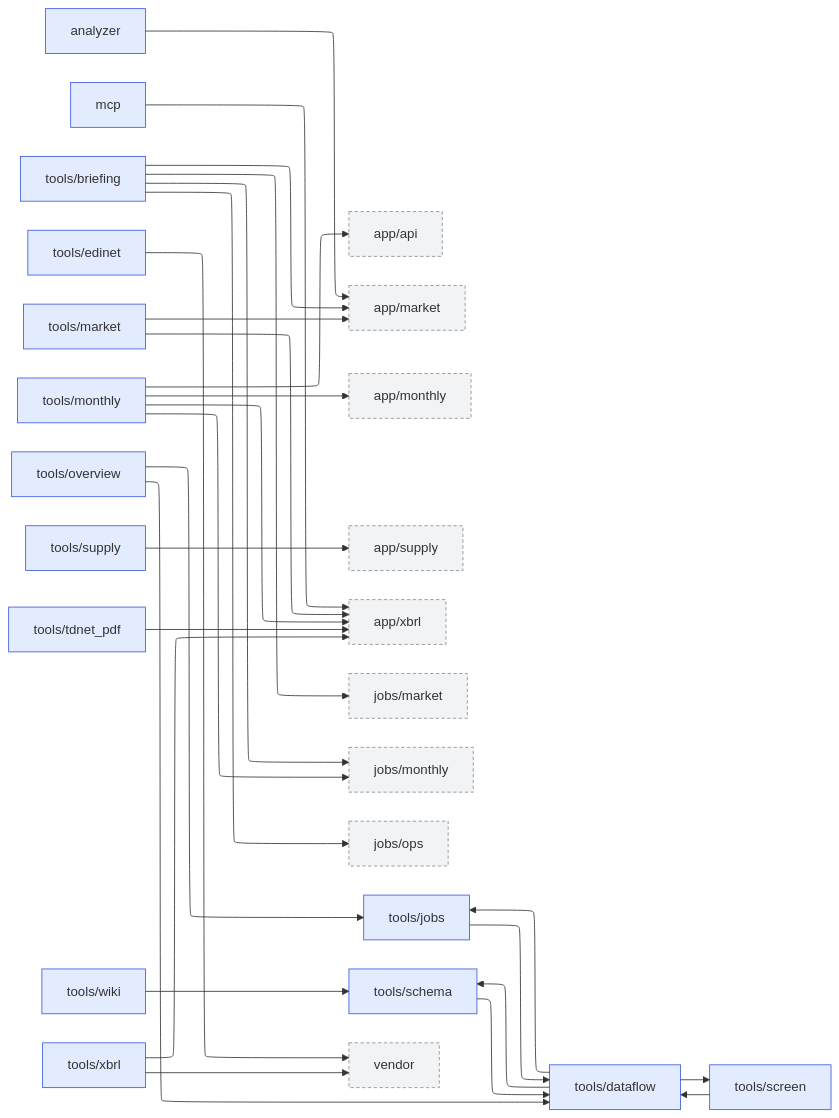
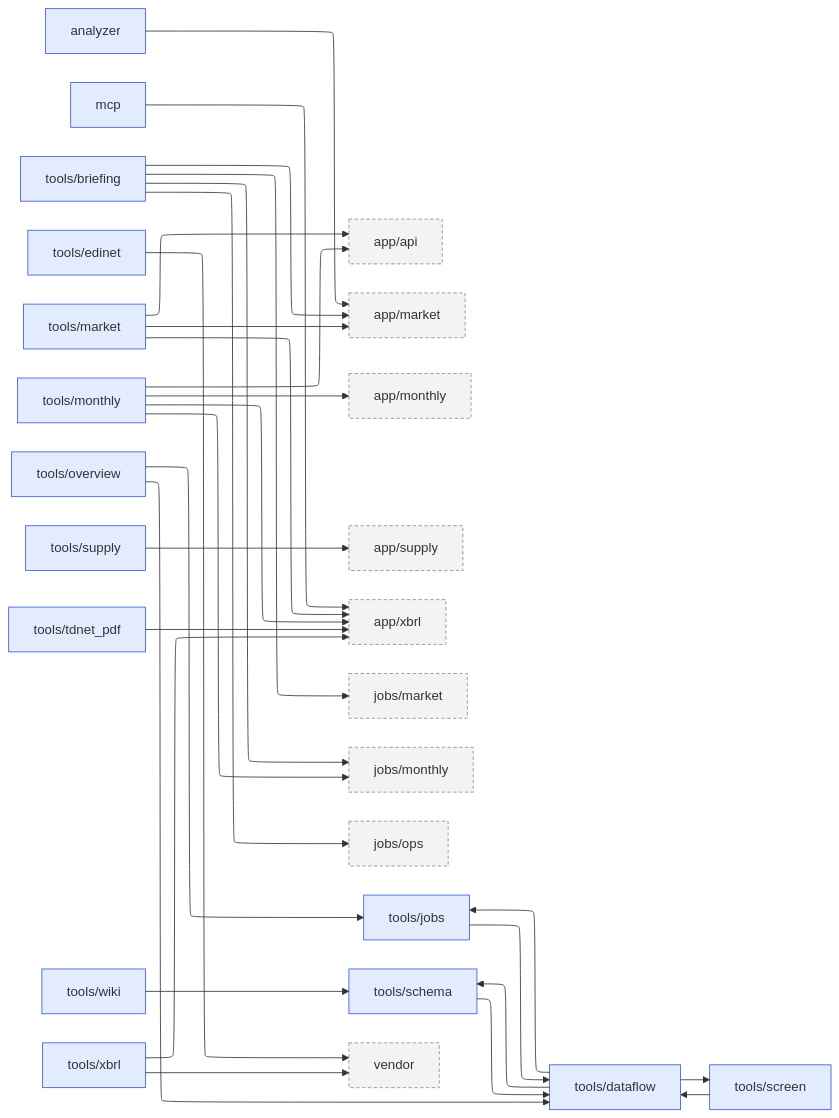
One commit to pekumirui/stock-analyzer changed the third of 3 diagrams in docs/overview/modules.md. Above: the diagram before and after it, drawn with Mermaid. The commit also changed other lines of this file and 14 other files, not shown here.

````diff
--- a/docs/overview/modules.md
+++ b/docs/overview/modules.md
@@ -92,59 +92,60 @@
 ```mermaid
 ---
 config:
   layout: elk
 ---
 flowchart LR
   n0["analyzer"]:::own
   n1["app/api"]:::ext
   n2["app/market"]:::ext
   n3["app/monthly"]:::ext
   n4["app/supply"]:::ext
   n5["app/xbrl"]:::ext
   n6["jobs/market"]:::ext
   n7["jobs/monthly"]:::ext
   n8["jobs/ops"]:::ext
   n9["mcp"]:::own
   n10["tools/briefing"]:::own
   n11["tools/dataflow"]:::own
   n12["tools/edinet"]:::own
   n13["tools/jobs"]:::own
   n14["tools/market"]:::own
   n15["tools/monthly"]:::own
   n16["tools/overview"]:::own
   n17["tools/schema"]:::own
   n18["tools/screen"]:::own
   n19["tools/supply"]:::own
   n20["tools/tdnet_pdf"]:::own
   n21["tools/wiki"]:::own
   n22["tools/xbrl"]:::own
   n23["vendor"]:::ext
   n0 --> n2
   n9 --> n5
   n10 --> n2
   n10 --> n6
   n10 --> n7
   n10 --> n8
   n11 --> n13
   n11 --> n17
   n11 --> n18
   n12 --> n23
   n13 --> n11
+  n14 --> n1
   n14 --> n2
   n14 --> n5
   n15 --> n1
   n15 --> n3
   n15 --> n5
   n15 --> n7
   n16 --> n11
   n16 --> n13
   n17 --> n11
   n18 --> n11
   n19 --> n4
   n20 --> n5
   n21 --> n17
   n22 --> n5
   n22 --> n23
   classDef own fill:#e3ecff,stroke:#3b5bdb
   classDef ext fill:#f1f3f5,stroke:#868e96,stroke-dasharray:4 3
 ```
````
